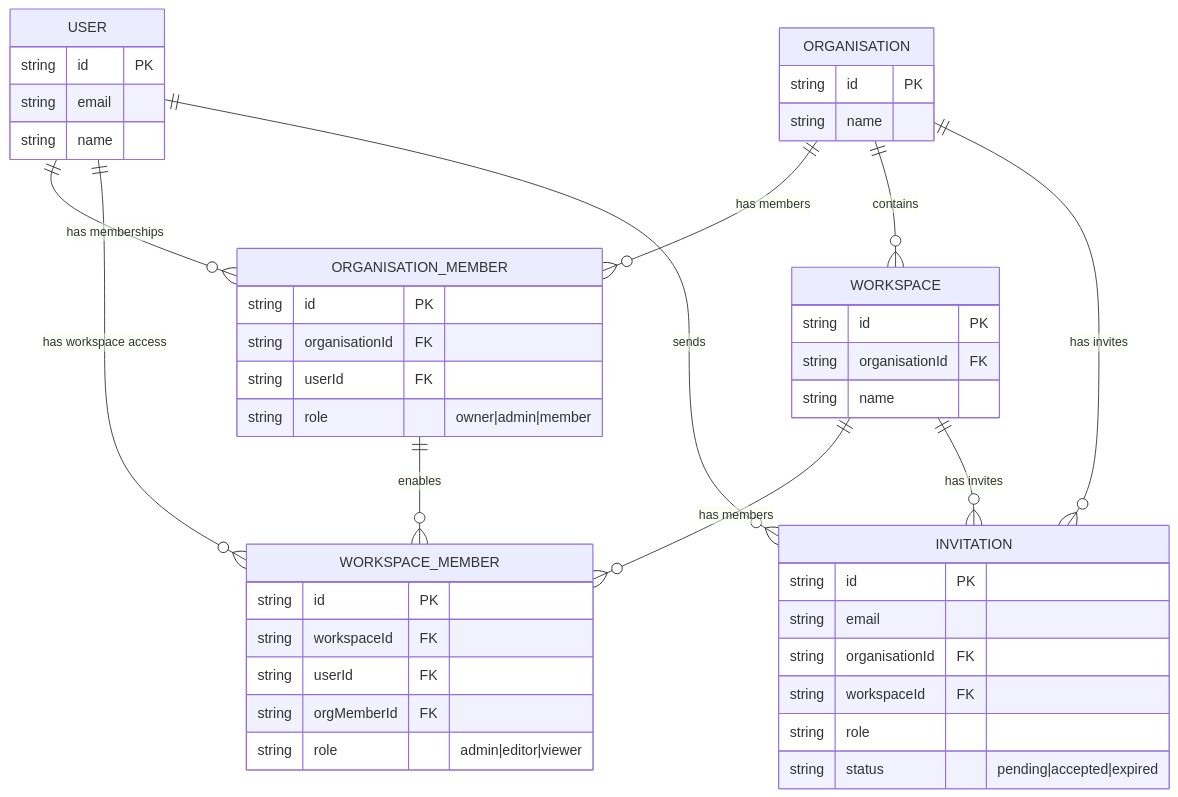
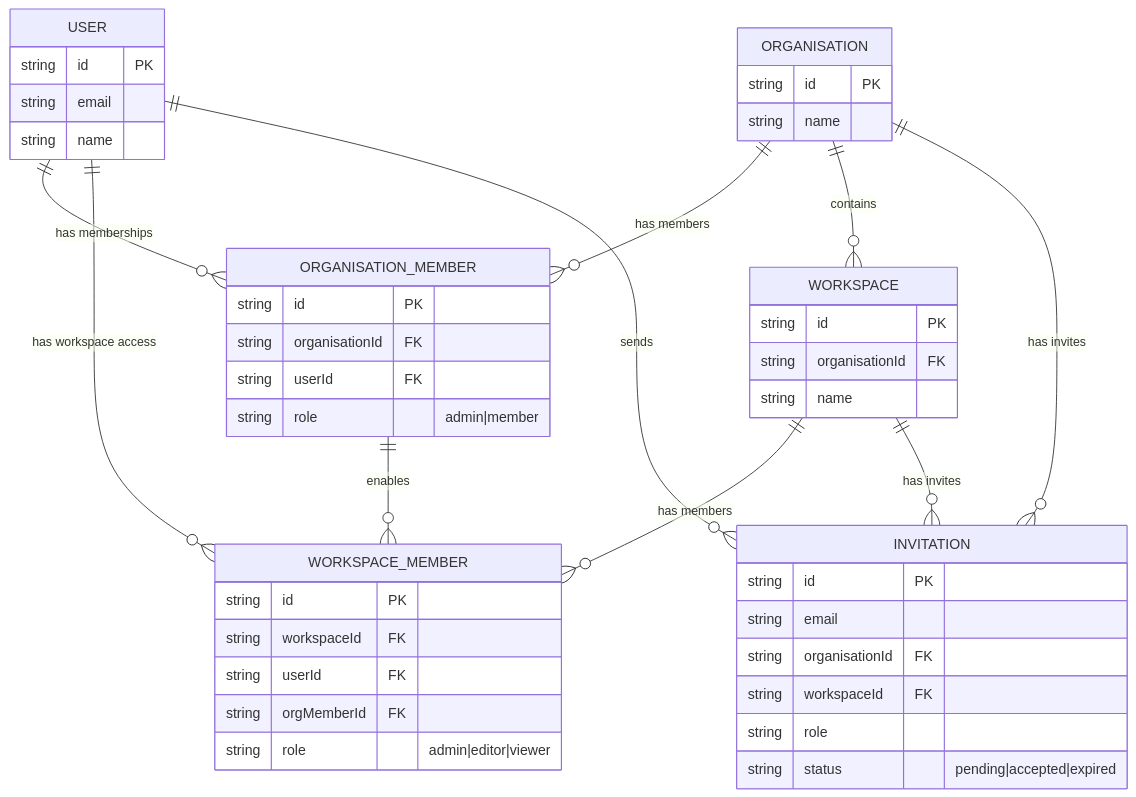
The third of 3 diagrams in plans/better-auth-implementation.md (willdady/platypus), drawn with Mermaid before and after one commit. The commit also changed other lines of this file and 23 other files, not shown here.

````diff
--- a/plans/better-auth-implementation.md
+++ b/plans/better-auth-implementation.md
@@ -1285,56 +1355,56 @@
 ```mermaid
 erDiagram
     USER ||--o{ ORGANISATION_MEMBER : "has memberships"
     USER ||--o{ WORKSPACE_MEMBER : "has workspace access"
     USER ||--o{ INVITATION : "sends"
     
     ORGANISATION ||--o{ ORGANISATION_MEMBER : "has members"
     ORGANISATION ||--o{ WORKSPACE : "contains"
     ORGANISATION ||--o{ INVITATION : "has invites"
     
     WORKSPACE ||--o{ WORKSPACE_MEMBER : "has members"
     WORKSPACE ||--o{ INVITATION : "has invites"
     
     ORGANISATION_MEMBER ||--o{ WORKSPACE_MEMBER : "enables"
     
     USER {
         string id PK
         string email
         string name
     }
     
     ORGANISATION {
         string id PK
         string name
     }
     
     WORKSPACE {
         string id PK
         string organisationId FK
         string name
     }
     
     ORGANISATION_MEMBER {
         string id PK
         string organisationId FK
         string userId FK
-        string role "owner|admin|member"
+        string role "admin|member"
     }
     
     WORKSPACE_MEMBER {
         string id PK
         string workspaceId FK
         string userId FK
         string orgMemberId FK
         string role "admin|editor|viewer"
     }
     
     INVITATION {
         string id PK
         string email
         string organisationId FK
         string workspaceId FK
         string role
         string status "pending|accepted|expired"
     }
 ```
````
